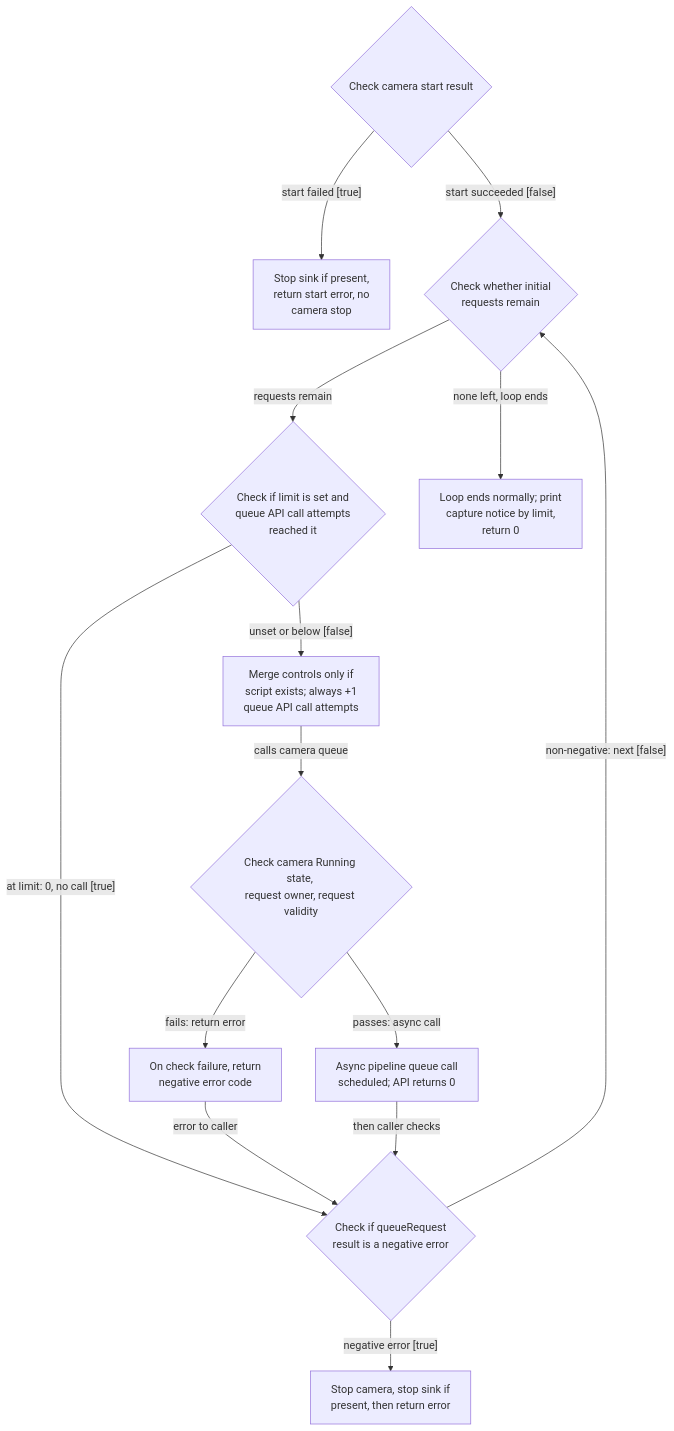
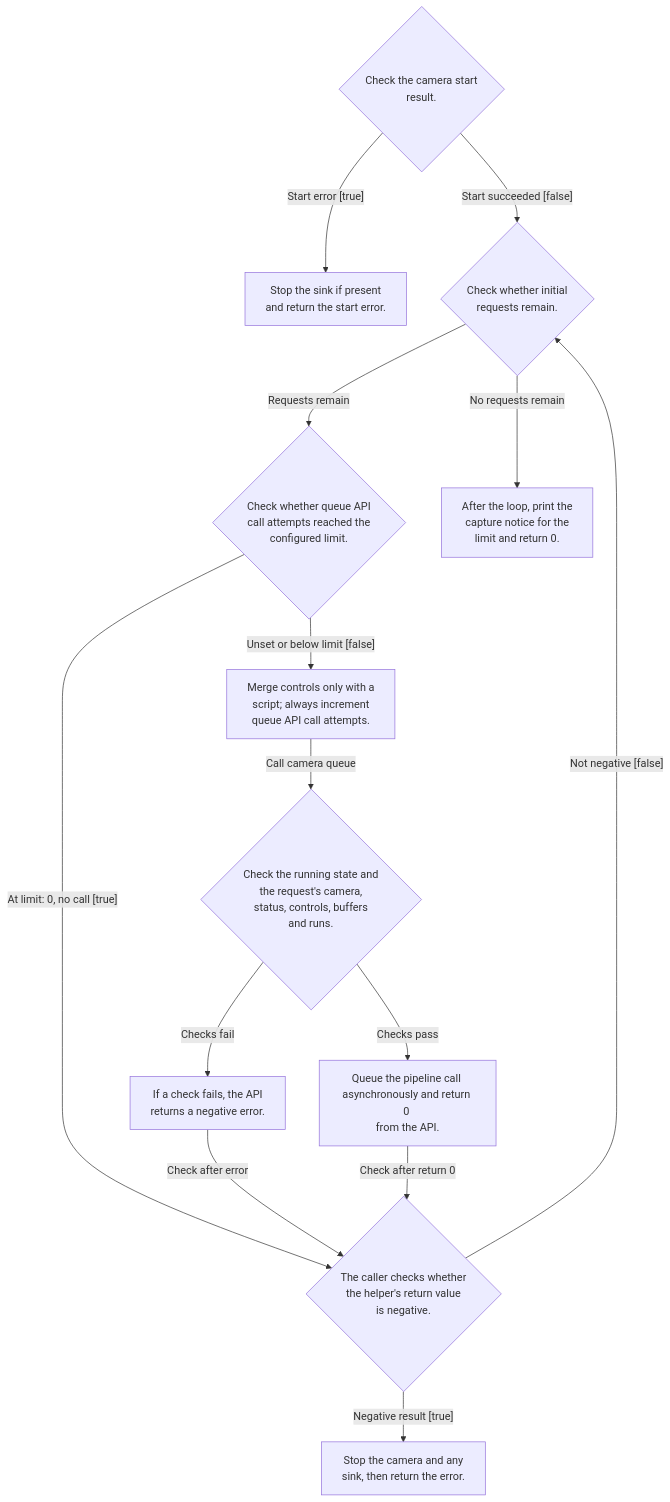
The diagram in docs/en/official-cam-validation.initial-submission.mmd (TTolsun/libcamera-sdd), drawn with Mermaid before and after one commit. The commit also changed 125 other files, not shown here.

```diff
--- a/docs/en/official-cam-validation.initial-submission.mmd
+++ b/docs/en/official-cam-validation.initial-submission.mmd
@@ -1,26 +1,26 @@
 flowchart TB
 
-  v_start_check{"Check camera start result"}
-  v_start_fail["Stop sink if present, <br/>return start error, no <br/>camera stop"]
-  v_remaining{"Check whether initial <br/>requests remain"}
-  v_limit_check{"Check if limit is set and <br/>queue API call attempts <br/>reached it"}
-  v_control_merge["Merge controls only if <br/>script exists; always +1 <br/>queue API call attempts"]
-  v_camera_queue_check{"Check camera Running state, <br/>request owner, request <br/>validity"}
-  v_queue_error["On check failure, return <br/>negative error code"]
-  v_queue_async["Async pipeline queue call <br/>scheduled; API returns 0"]
-  v_caller_check{"Check if queueRequest <br/>result is a negative error"}
-  v_stop_on_error["Stop camera, stop sink if <br/>present, then return error"]
-  v_done["Loop ends normally; print <br/>capture notice by limit, <br/>return 0"]
-  v_start_check -->|"start failed #91;true#93;"| v_start_fail
-  v_start_check -->|"start succeeded #91;false#93;"| v_remaining
-  v_remaining -->|"requests remain"| v_limit_check
-  v_remaining -->|"none left, loop ends"| v_done
-  v_limit_check -->|"unset or below #91;false#93;"| v_control_merge
-  v_limit_check -->|"at limit: 0, no call #91;true#93;"| v_caller_check
-  v_control_merge -->|"calls camera queue"| v_camera_queue_check
-  v_camera_queue_check -->|"fails: return error"| v_queue_error
-  v_camera_queue_check -->|"passes: async call"| v_queue_async
-  v_queue_error -->|"error to caller"| v_caller_check
-  v_queue_async -->|"then caller checks"| v_caller_check
-  v_caller_check -->|"negative error #91;true#93;"| v_stop_on_error
-  v_caller_check -->|"non-negative: next #91;false#93;"| v_remaining
+  v_start_check{"Check the camera start <br/>result."}
+  v_start_fail["Stop the sink if present <br/>and return the start error."]
+  v_remaining{"Check whether initial <br/>requests remain."}
+  v_limit_check{"Check whether queue API <br/>call attempts reached the <br/>configured limit."}
+  v_control_merge["Merge controls only with a <br/>script; always increment <br/>queue API call attempts."]
+  v_camera_queue_check{"Check the running state and <br/>the request#39;s camera, <br/>status, controls, buffers <br/>and runs."}
+  v_queue_error["If a check fails, the API <br/>returns a negative error."]
+  v_queue_async["Queue the pipeline call <br/>asynchronously and return 0 <br/>from the API."]
+  v_caller_check{"The caller checks whether <br/>the helper#39;s return value <br/>is negative."}
+  v_stop_on_error["Stop the camera and any <br/>sink, then return the error."]
+  v_done["After the loop, print the <br/>capture notice for the <br/>limit and return 0."]
+  v_start_check -->|"Start error #91;true#93;"| v_start_fail
+  v_start_check -->|"Start succeeded #91;false#93;"| v_remaining
+  v_remaining -->|"Requests remain"| v_limit_check
+  v_remaining -->|"No requests remain"| v_done
+  v_limit_check -->|"At limit: 0, no call #91;true#93;"| v_caller_check
+  v_limit_check -->|"Unset or below limit #91;false#93;"| v_control_merge
+  v_control_merge -->|"Call camera queue"| v_camera_queue_check
+  v_camera_queue_check -->|"Checks fail"| v_queue_error
+  v_camera_queue_check -->|"Checks pass"| v_queue_async
+  v_queue_error -->|"Check after error"| v_caller_check
+  v_queue_async -->|"Check after return 0"| v_caller_check
+  v_caller_check -->|"Negative result #91;true#93;"| v_stop_on_error
+  v_caller_check -->|"Not negative #91;false#93;"| v_remaining
```
